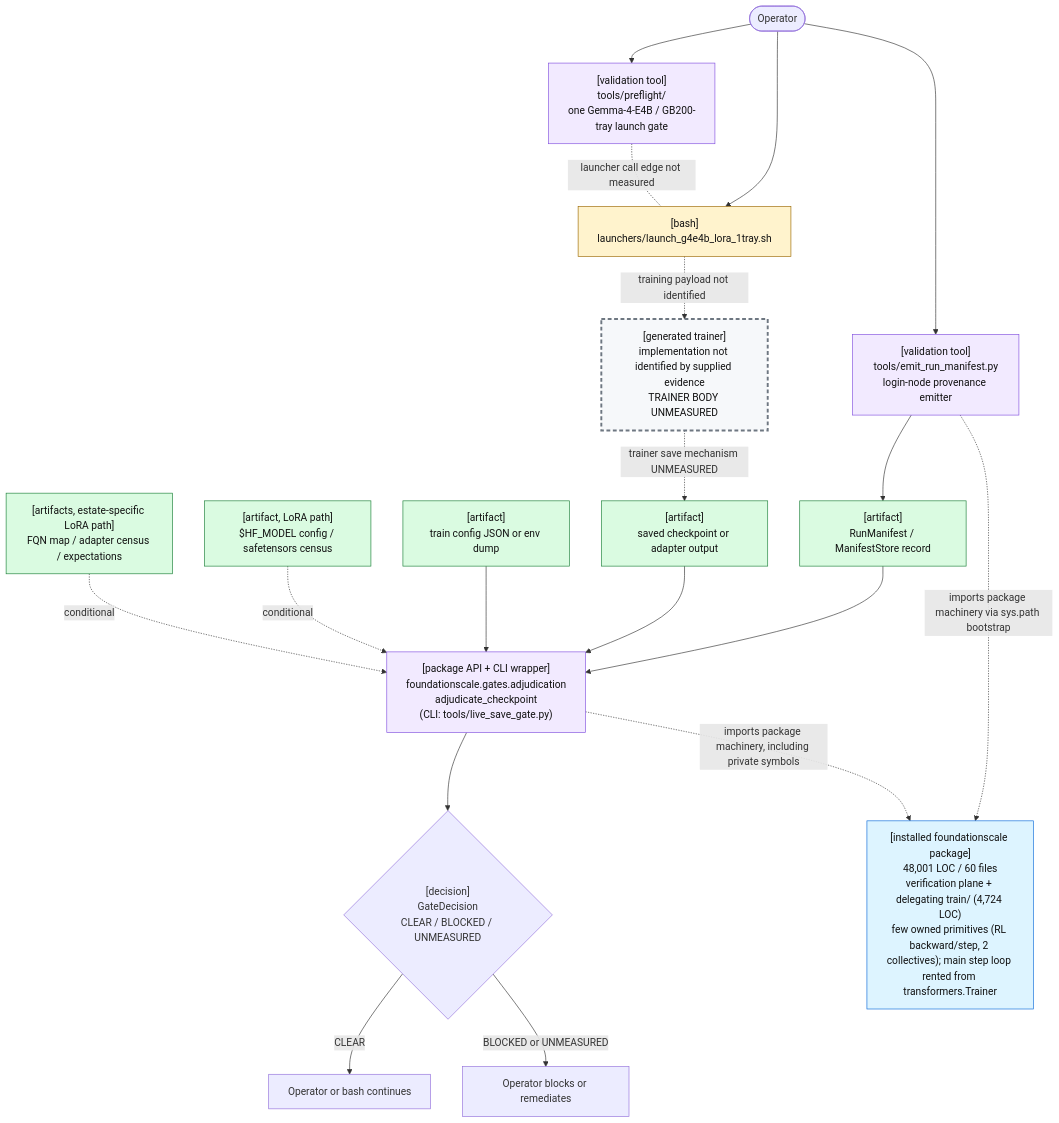
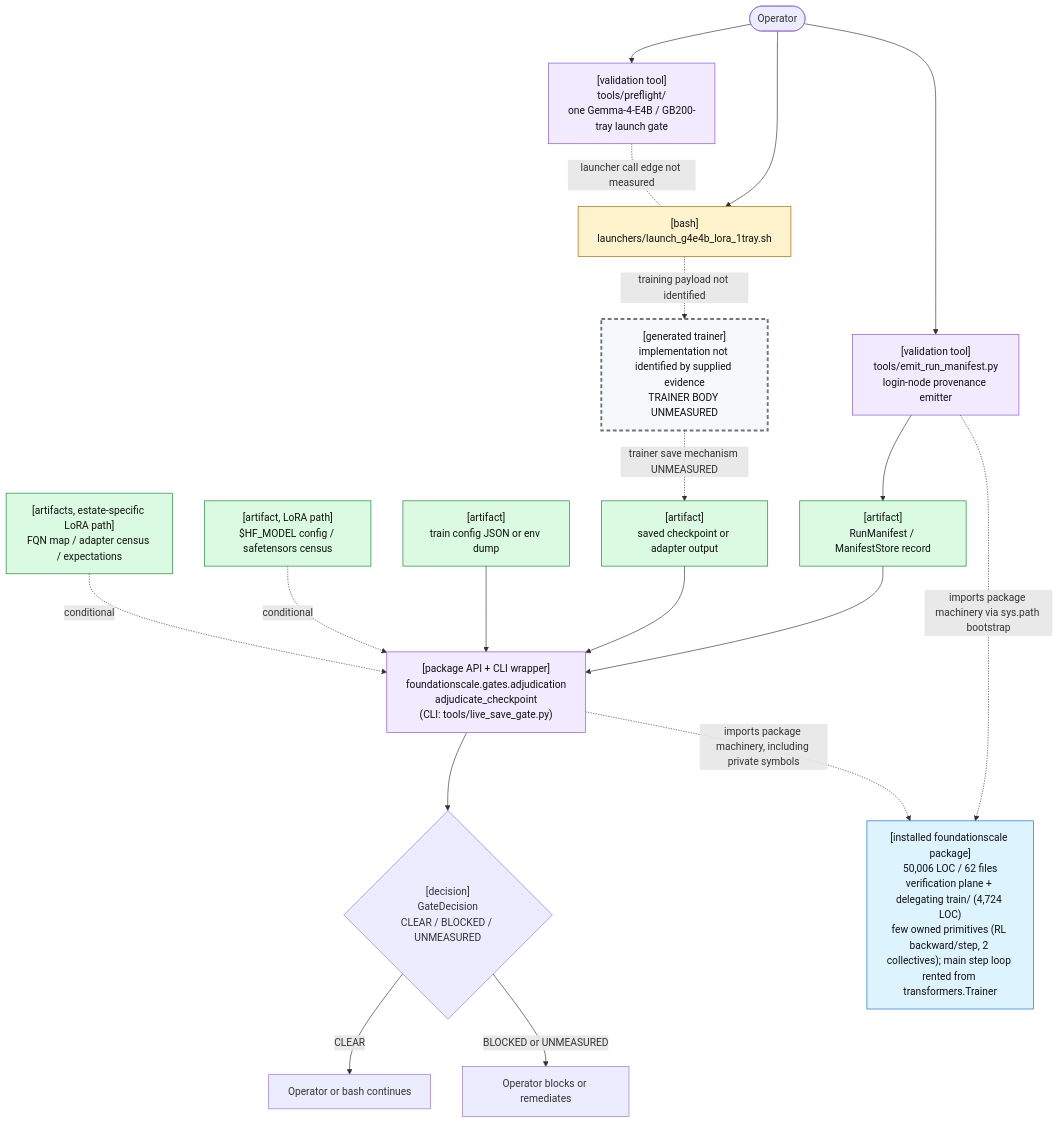
The first of 2 diagrams in docs/review/D2_current_architecture.md (TranNhiem/FoundationScale), drawn with Mermaid before and after one commit. The commit also changed other lines of this file and 21 other files, not shown here.

````diff
--- a/docs/review/D2_current_architecture.md
+++ b/docs/review/D2_current_architecture.md
@@ -25,59 +25,59 @@
 ```mermaid
 flowchart TB
   O(["Operator"])
 
   PF["[validation tool]<br/>tools/preflight/<br/>one Gemma-4-E4B / GB200-tray launch gate"]
   L["[bash]<br/>launchers/launch_g4e4b_lora_1tray.sh"]
 
   E["[validation tool]<br/>tools/emit_run_manifest.py<br/>login-node provenance emitter"]
   M["[artifact]<br/>RunManifest / ManifestStore record"]
 
   T["[generated trainer]<br/>implementation not identified by supplied evidence<br/>TRAINER BODY UNMEASURED"]
   C["[artifact]<br/>saved checkpoint or adapter output"]
 
   G["[package API + CLI wrapper]<br/>foundationscale.gates.adjudication<br/>adjudicate_checkpoint<br/>(CLI: tools/live_save_gate.py)"]
   CFG["[artifact]<br/>train config JSON or env dump"]
   BASE["[artifact, LoRA path]<br/>$HF_MODEL config / safetensors census"]
   CEN["[artifacts, estate-specific LoRA path]<br/>FQN map / adapter census / expectations"]
 
   D{"[decision]<br/>GateDecision<br/>CLEAR / BLOCKED / UNMEASURED"}
   OK["Operator or bash continues"]
   NO["Operator blocks or remediates"]
 
-  PKG["[installed foundationscale package]<br/>48,001 LOC / 60 files<br/>verification plane + delegating train/ (4,724 LOC)<br/>few owned primitives (RL backward/step, 2 collectives); main step loop rented from transformers.Trainer"]
+  PKG["[installed foundationscale package]<br/>50,006 LOC / 62 files<br/>verification plane + delegating train/ (4,724 LOC)<br/>few owned primitives (RL backward/step, 2 collectives); main step loop rented from transformers.Trainer"]
 
   O --> PF
   O --> L
   PF -. "launcher call edge not measured" .- L
 
   O --> E
   E --> M
 
   L -. "training payload not identified" .-> T
   T -. "trainer save mechanism UNMEASURED" .-> C
 
   M --> G
   C --> G
   CFG --> G
   BASE -. "conditional" .-> G
   CEN -. "conditional" .-> G
 
   E -. "imports package machinery via sys.path bootstrap" .-> PKG
   G -. "imports package machinery, including private symbols" .-> PKG
 
   G --> D
   D -->|"CLEAR"| OK
   D -->|"BLOCKED or UNMEASURED"| NO
 
   classDef bash fill:#fff3cd,stroke:#9a6700,color:#111;
   classDef tool fill:#f2eaff,stroke:#8250df,color:#111;
   classDef artifact fill:#dafbe1,stroke:#1a7f37,color:#111;
   classDef gap fill:#f6f8fa,stroke:#6e7781,stroke-width:3px,stroke-dasharray: 6 4,color:#111;
   classDef pkg fill:#ddf4ff,stroke:#0969da,color:#111;
 
   class L bash;
   class PF,E,G tool;
   class M,C,CFG,BASE,CEN artifact;
   class T gap;
   class PKG pkg;
 ```
````
